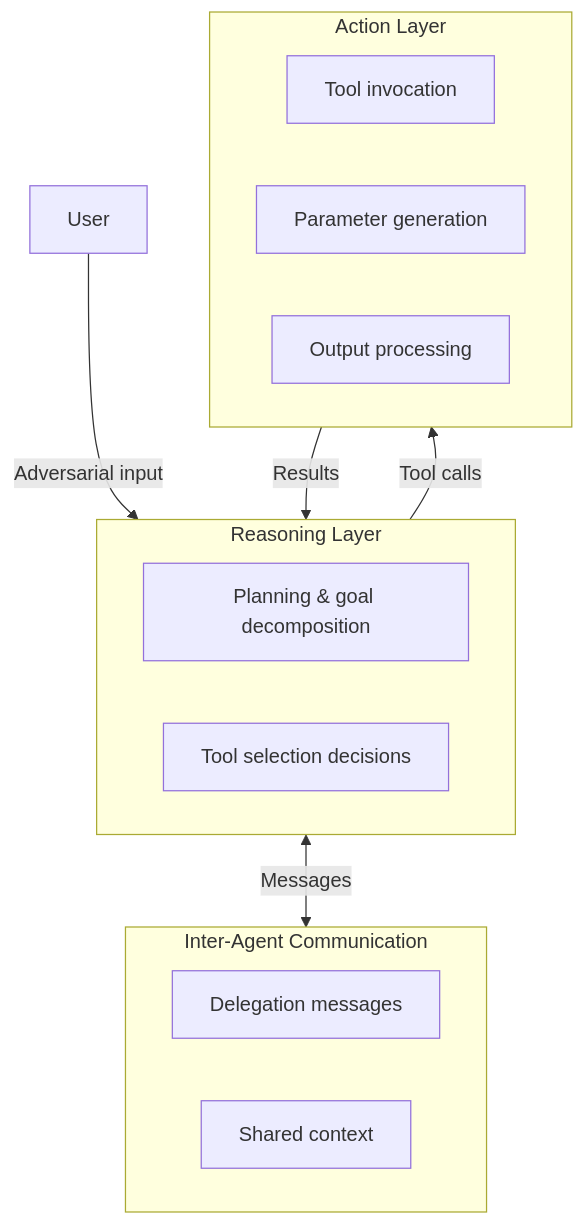
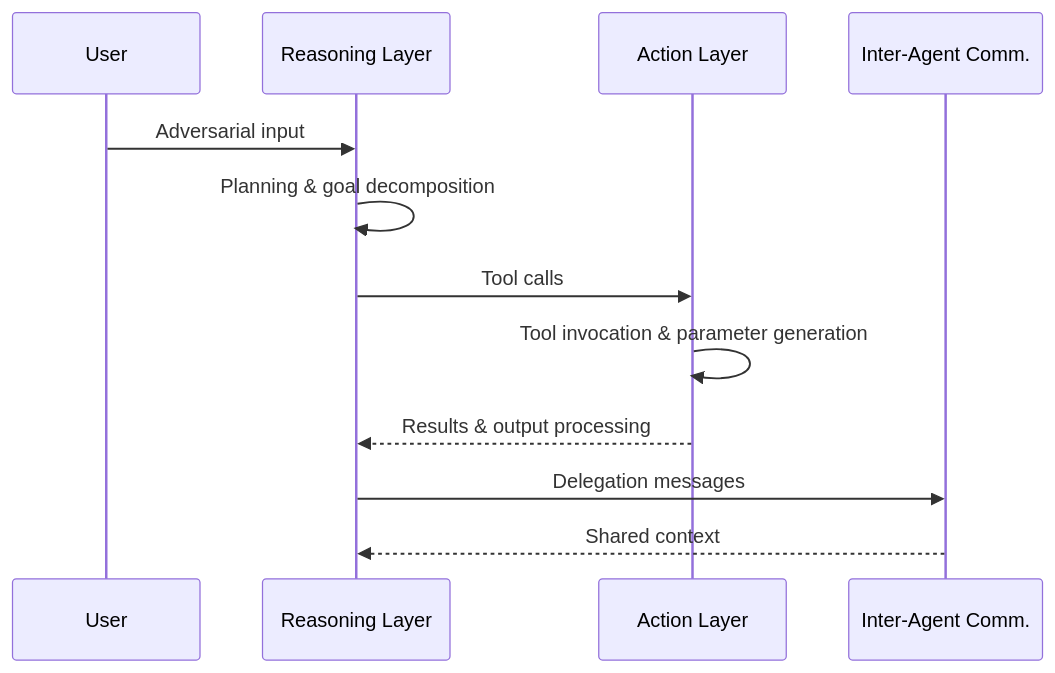
The first of 2 diagrams in docs/guides/guide-agentic-ai-red-teaming.mdx (meefs/deepteam), drawn with Mermaid before and after one commit. The commit also changed other lines of this file and 21 other files, not shown here.

````diff
--- a/docs/guides/guide-agentic-ai-red-teaming.mdx
+++ b/docs/guides/guide-agentic-ai-red-teaming.mdx
@@ -32,24 +32,15 @@
 ```mermaid
-flowchart TB
-    subgraph Reasoning["Reasoning Layer"]
-        direction LR
-        R1["Planning & goal decomposition"]
-        R2["Tool selection decisions"]
-    end
-    subgraph Action["Action Layer"]
-        direction LR
-        A1["Tool invocation"]
-        A2["Parameter generation"]
-        A3["Output processing"]
-    end
-    subgraph InterAgent["Inter-Agent Communication"]
-        direction LR
-        IA1["Delegation messages"]
-        IA2["Shared context"]
-    end
+sequenceDiagram
+    participant User
+    participant Reasoning as Reasoning Layer
+    participant Action as Action Layer
+    participant InterAgent as Inter-Agent Comm.
 
-    User -->|"Adversarial input"| Reasoning
-    Reasoning -->|"Tool calls"| Action
-    Action -->|"Results"| Reasoning
-    Reasoning <-->|"Messages"| InterAgent
+    User->>Reasoning: Adversarial input
+    Reasoning->>Reasoning: Planning & goal decomposition
+    Reasoning->>Action: Tool calls
+    Action->>Action: Tool invocation & parameter generation
+    Action-->>Reasoning: Results & output processing
+    Reasoning->>InterAgent: Delegation messages
+    InterAgent-->>Reasoning: Shared context
 ```
````
